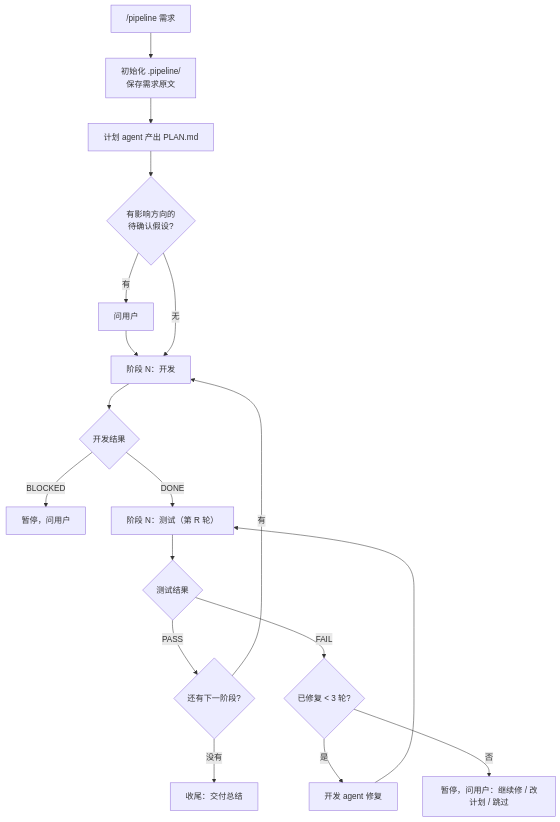
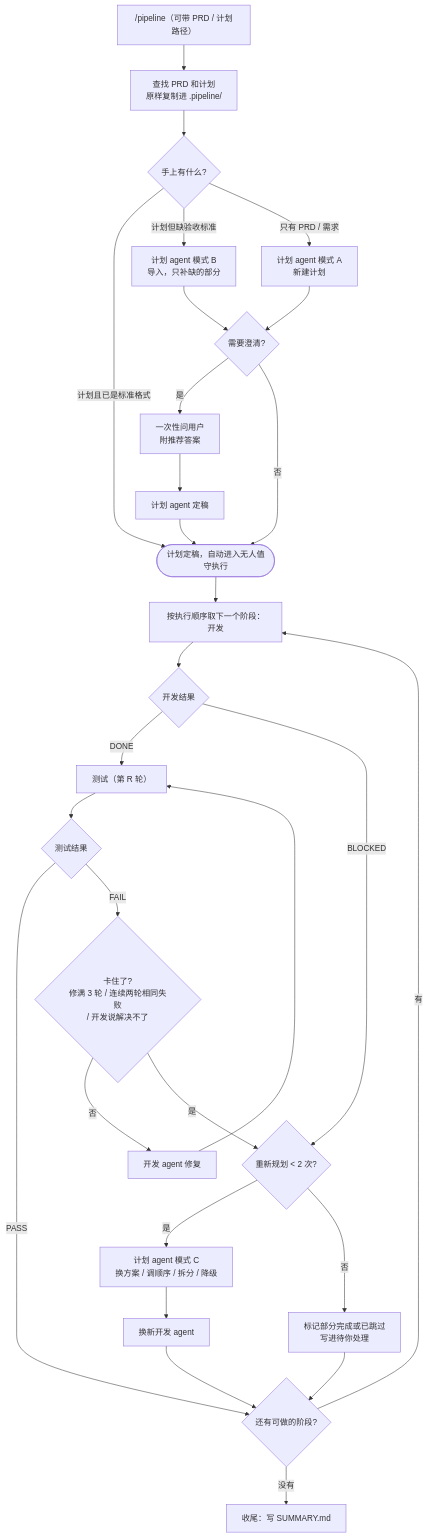
One commit to ELjagi623/claude-pipeline-skill changed the second of 2 diagrams in docs/设计说明.md. Above: the diagram before and after it, drawn with Mermaid. The commit also changed other lines of this file and 5 other files, not shown here.

````diff
--- a/docs/设计说明.md
+++ b/docs/设计说明.md
@@ -69,18 +69,26 @@
 ```mermaid
 flowchart TD
-    A["/pipeline 需求"] --> B[初始化 .pipeline/<br/>保存需求原文]
-    B --> C[计划 agent 产出 PLAN.md]
-    C --> Q{有影响方向的<br/>待确认假设?}
-    Q -- 有 --> UQ[问用户] --> D
-    Q -- 无 --> D
-    D["阶段 N：开发"] --> E{开发结果}
-    E -- BLOCKED --> UB[暂停，问用户]
-    E -- DONE --> F["阶段 N：测试（第 R 轮）"]
+    A["/pipeline（可带 PRD / 计划路径）"] --> B[查找 PRD 和计划<br/>原样复制进 .pipeline/]
+    B --> K{手上有什么?}
+    K -- 计划且已是标准格式 --> S
+    K -- 计划但缺验收标准 --> PB[计划 agent 模式 B<br/>导入，只补缺的部分]
+    K -- 只有 PRD / 需求 --> PA[计划 agent 模式 A<br/>新建计划]
+    PA --> Q{需要澄清?}
+    PB --> Q
+    Q -- 是 --> U[一次性问用户<br/>附推荐答案] --> Q2[计划 agent 定稿]
+    Q -- 否 --> S
+    Q2 --> S([计划定稿，自动进入无人值守执行])
+    S --> D["按执行顺序取下一个阶段：开发"]
+    D --> E{开发结果}
+    E -- DONE --> F["测试（第 R 轮）"]
+    E -- BLOCKED --> X
     F --> G{测试结果}
-    G -- PASS --> H{还有下一阶段?}
+    G -- PASS --> H{还有可做的阶段?}
     H -- 有 --> D
-    H -- 没有 --> Z[收尾：交付总结]
-    G -- FAIL --> I{已修复 < 3 轮?}
-    I -- 是 --> J[开发 agent 修复] --> F
-    I -- 否 --> UF[暂停，问用户：继续修 / 改计划 / 跳过]
+    H -- 没有 --> Z[收尾：写 SUMMARY.md]
+    G -- FAIL --> I{卡住了?<br/>修满 3 轮 / 连续两轮相同失败<br/>/ 开发说解决不了}
+    I -- 否 --> J[开发 agent 修复] --> F
+    I -- 是 --> X{重新规划 < 2 次?}
+    X -- 是 --> PC[计划 agent 模式 C<br/>换方案 / 调顺序 / 拆分 / 降级] --> NEW[换新开发 agent] --> H
+    X -- 否 --> PART[标记部分完成或已跳过<br/>写进待你处理] --> H
 ```
````
